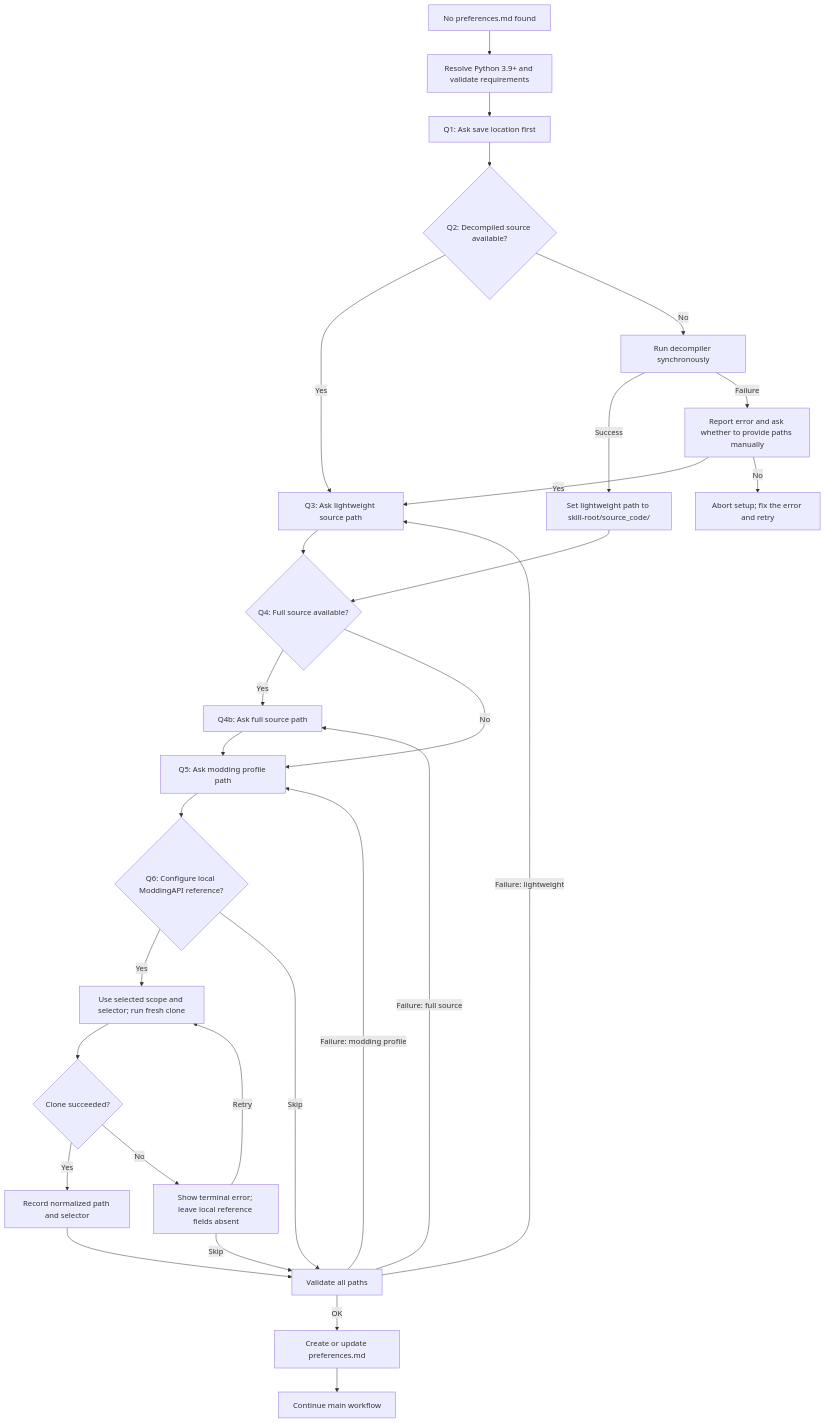
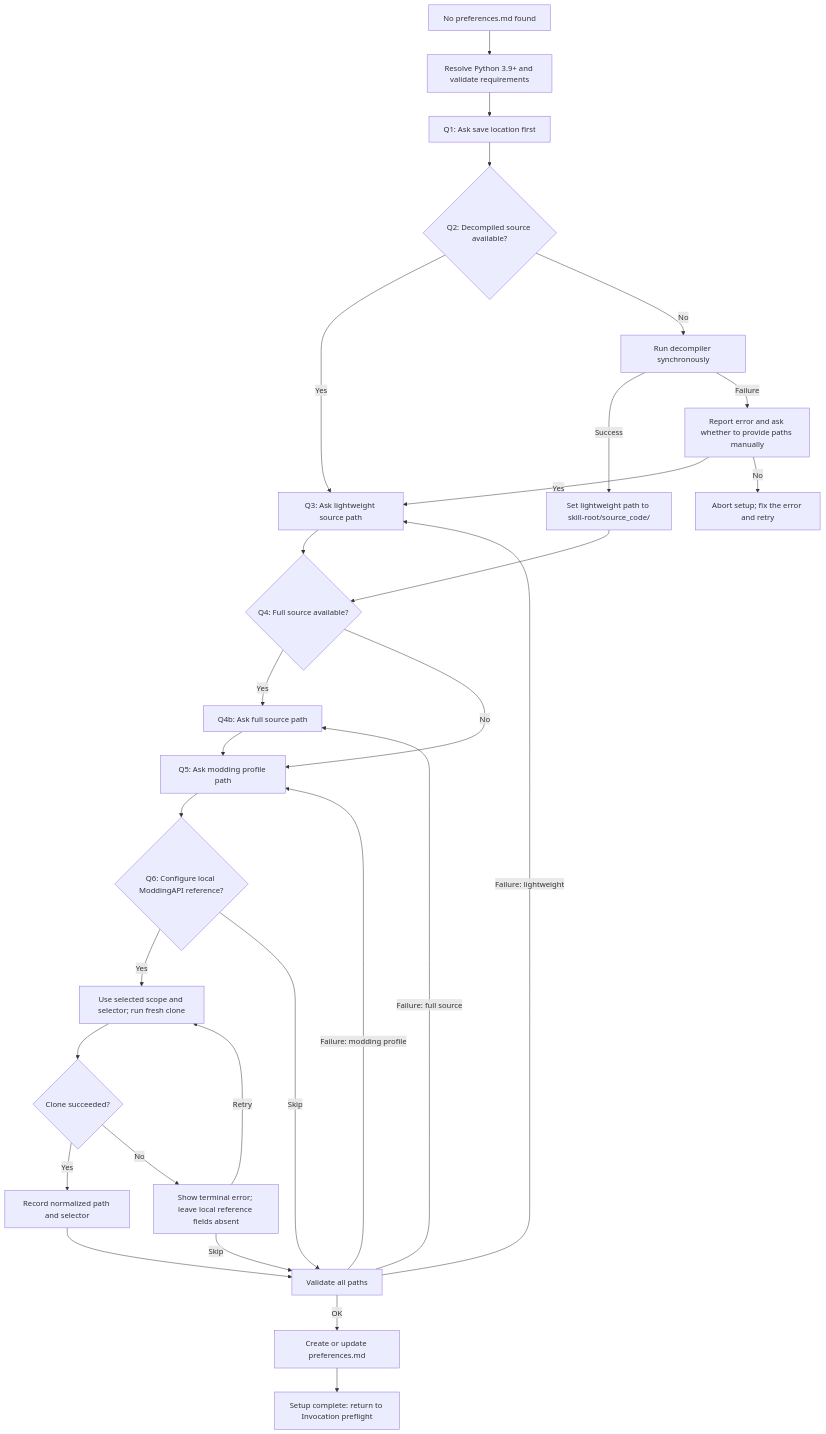
Before and after one commit to EltonZhang777/Blasphemous.ModdingHelper.Skill: the diagram in skills/blasphemous-modding-helper/references/config/first-time-setup.md, drawn with Mermaid. The commit also changed other lines of this file and 3 other files, not shown here.

````diff
--- a/skills/blasphemous-modding-helper/references/config/first-time-setup.md
+++ b/skills/blasphemous-modding-helper/references/config/first-time-setup.md
@@ -24,36 +24,36 @@
 ```mermaid
 flowchart TD
     Start["No preferences.md found"] --> Runtime["Resolve Python 3.9+ and validate requirements"]
     Runtime --> Q1["Q1: Ask save location first"]
     Q1 --> Q2{"Q2: Decompiled source available?"}
 
     Q2 -->|Yes| Q3["Q3: Ask lightweight source path"]
     Q2 -->|No| Decompile["Run decompiler synchronously"]
 
     Decompile -->|Success| AutoLight["Set lightweight path to skill-root/source_code/"]
     Decompile -->|Failure| DecompileError["Report error and ask whether to provide paths manually"]
     DecompileError -->|Yes| Q3
     DecompileError -->|No| Abort["Abort setup; fix the error and retry"]
 
     Q3 --> Q4{"Q4: Full source available?"}
     AutoLight --> Q4
     Q4 -->|Yes| Q4b["Q4b: Ask full source path"]
     Q4 -->|No| Q5["Q5: Ask modding profile path"]
     Q4b --> Q5
 
     Q5 --> Q6{"Q6: Configure local ModdingAPI reference?"}
     Q6 -->|Yes| Clone["Use selected scope and selector; run fresh clone"]
     Q6 -->|Skip| Validate["Validate all paths"]
     Clone --> CloneResult{"Clone succeeded?"}
     CloneResult -->|Yes| Record["Record normalized path and selector"]
     CloneResult -->|No| CloneError["Show terminal error; leave local reference fields absent"]
     CloneError -->|Retry| Clone
     CloneError -->|Skip| Validate
     Record --> Validate
 
     Validate -->|Failure: lightweight| Q3
     Validate -->|Failure: full source| Q4b
     Validate -->|Failure: modding profile| Q5
     Validate -->|OK| Save["Create or update preferences.md"]
-    Save --> Continue["Continue main workflow"]
+    Save --> Complete["Setup complete: return to Invocation preflight"]
 ```
````
